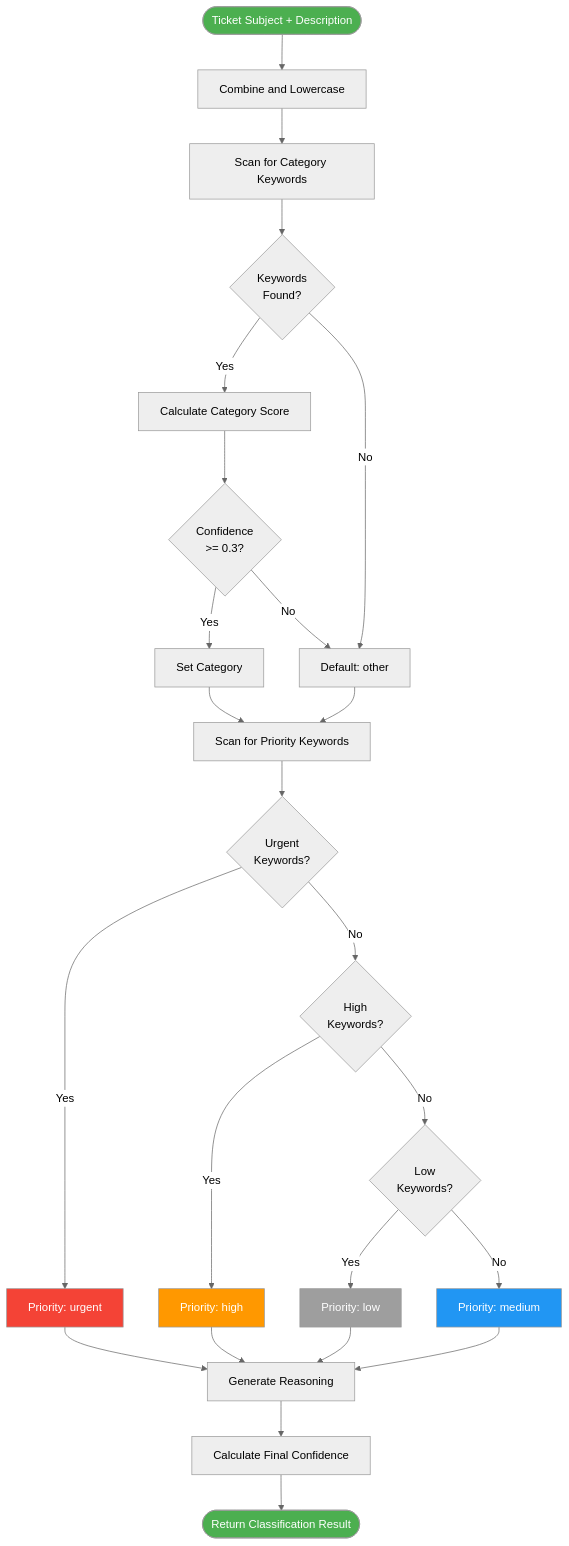
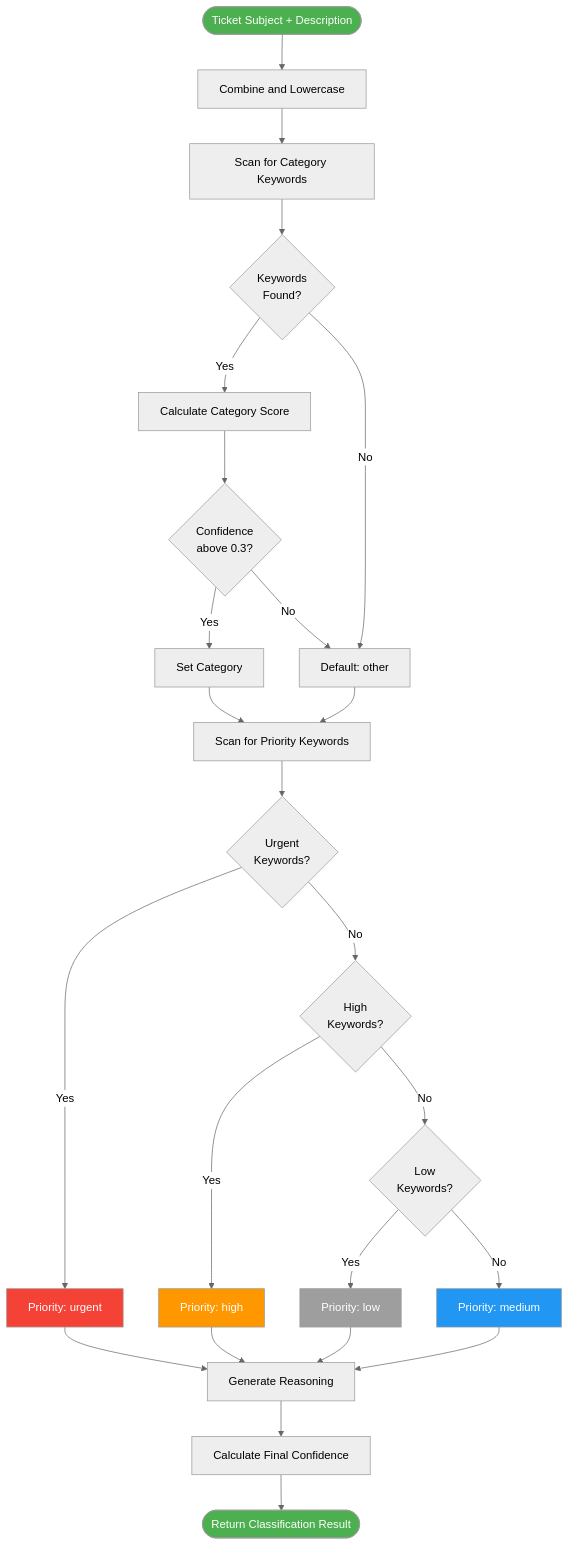
The third of 3 diagrams in homework-2/docs/ARCHITECTURE.md (Bondarenko199/AI-Coding-Partner-Homework), drawn with Mermaid (neutral theme) before and after one commit. The commit also changed 1 other file, not shown here.

Commit message:
Update Diagrams

````diff
--- a/homework-2/docs/ARCHITECTURE.md
+++ b/homework-2/docs/ARCHITECTURE.md
@@ -214,41 +214,41 @@
 ```mermaid
 flowchart TD
     Start([Ticket Subject + Description]) --> Combine[Combine and Lowercase]
     Combine --> CatScan[Scan for Category Keywords]
 
     CatScan --> CatMatch{Keywords<br/>Found?}
     CatMatch -->|Yes| CatScore[Calculate Category Score]
     CatMatch -->|No| DefCat[Default: other]
 
-    CatScore --> CatConf{Confidence<br/>>= 0.3?}
+    CatScore --> CatConf{Confidence<br/>above 0.3?}
     CatConf -->|Yes| SetCat[Set Category]
     CatConf -->|No| DefCat
 
     SetCat --> PriScan
     DefCat --> PriScan[Scan for Priority Keywords]
 
     PriScan --> UrgCheck{Urgent<br/>Keywords?}
     UrgCheck -->|Yes| SetUrg[Priority: urgent]
     UrgCheck -->|No| HighCheck{High<br/>Keywords?}
 
     HighCheck -->|Yes| SetHigh[Priority: high]
     HighCheck -->|No| LowCheck{Low<br/>Keywords?}
 
     LowCheck -->|Yes| SetLow[Priority: low]
     LowCheck -->|No| SetMed[Priority: medium]
 
     SetUrg --> GenReason
     SetHigh --> GenReason
     SetMed --> GenReason
     SetLow --> GenReason[Generate Reasoning]
 
     GenReason --> CalcConf[Calculate Final Confidence]
     CalcConf --> Return([Return Classification Result])
 
     style Start fill:#4CAF50,color:#fff
     style Return fill:#4CAF50,color:#fff
     style SetUrg fill:#f44336,color:#fff
     style SetHigh fill:#FF9800,color:#fff
     style SetMed fill:#2196F3,color:#fff
     style SetLow fill:#9E9E9E,color:#fff
 ```
````
